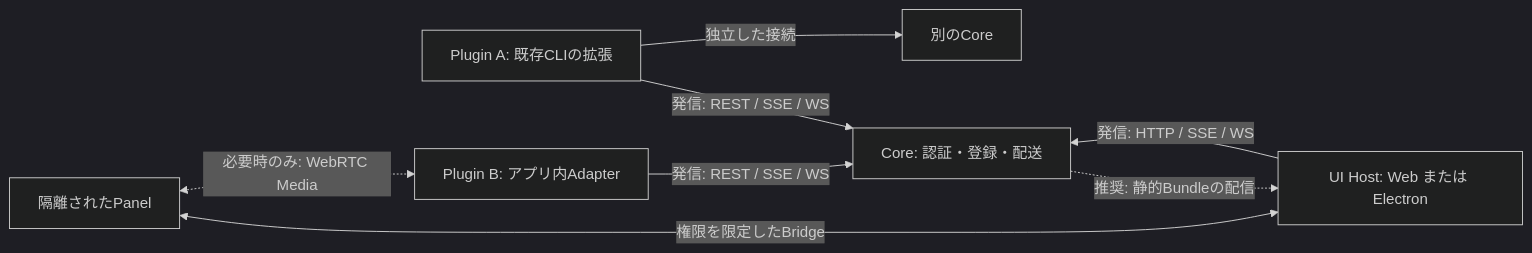
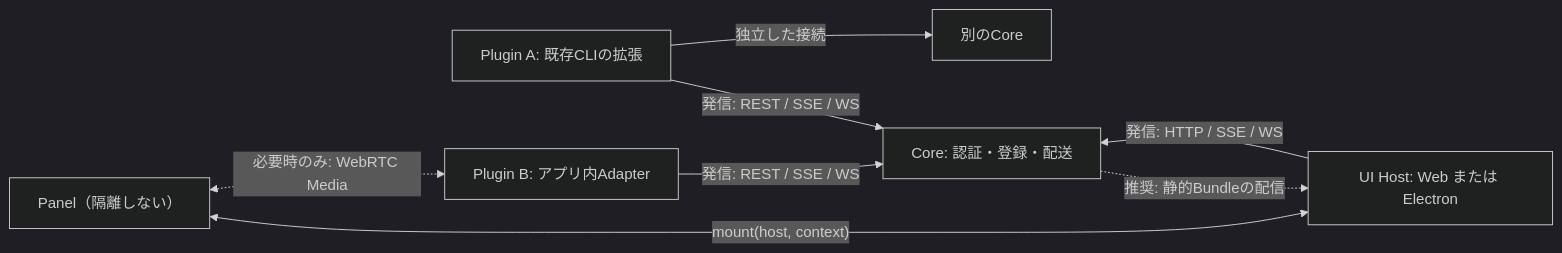
The first of 3 diagrams in docs/architecture/00002-plugin-client-system.md (naatin777/plugumi), drawn with Mermaid (dark theme) before and after one commit. The commit also changed other lines of this file and 94 other files, not shown here.

````diff
--- a/docs/architecture/00002-plugin-client-system.md
+++ b/docs/architecture/00002-plugin-client-system.md
@@ -27,10 +30,10 @@
 ```mermaid
 flowchart LR
     Cli["Plugin A: 既存CLIの拡張"] -->|"発信: REST / SSE / WS"| Core["Core: 認証・登録・配送"]
     Adapter["Plugin B: アプリ内Adapter"] -->|"発信: REST / SSE / WS"| Core
     Host["UI Host: Web または Electron"] -->|"発信: HTTP / SSE / WS"| Core
     Core -.->|"推奨: 静的Bundleの配信"| Host
-    Panel["隔離されたPanel"] <-->|"権限を限定したBridge"| Host
+    Panel["Panel（隔離しない）"] <-->|"mount(host, context)"| Host
     Panel <-.->|"必要時のみ: WebRTC Media"| Adapter
     Cli -->|"独立した接続"| OtherCore["別のCore"]
 ```
````
